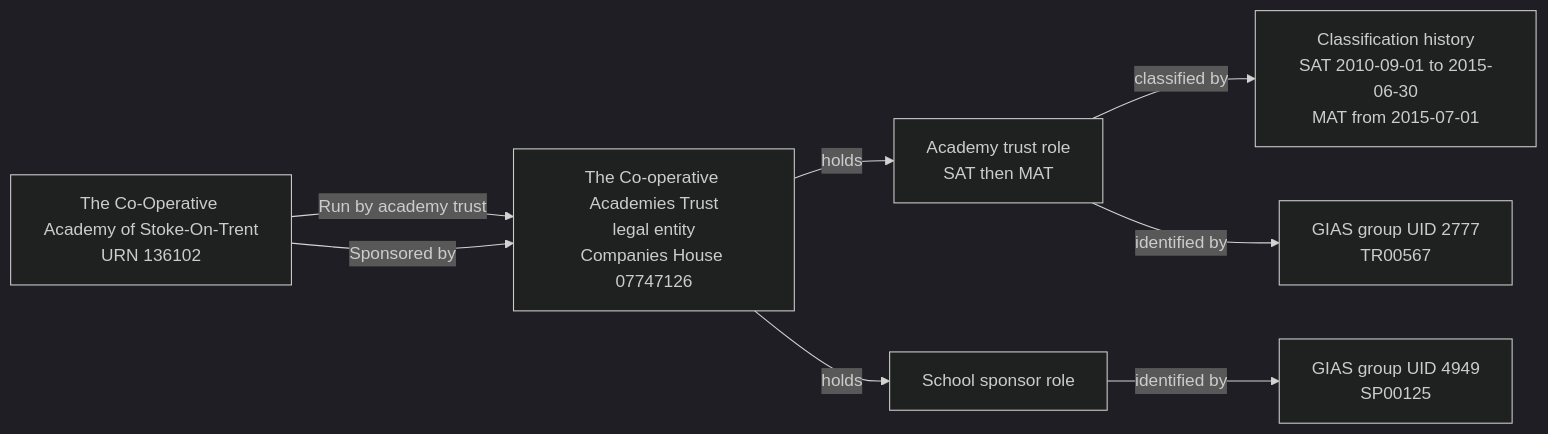
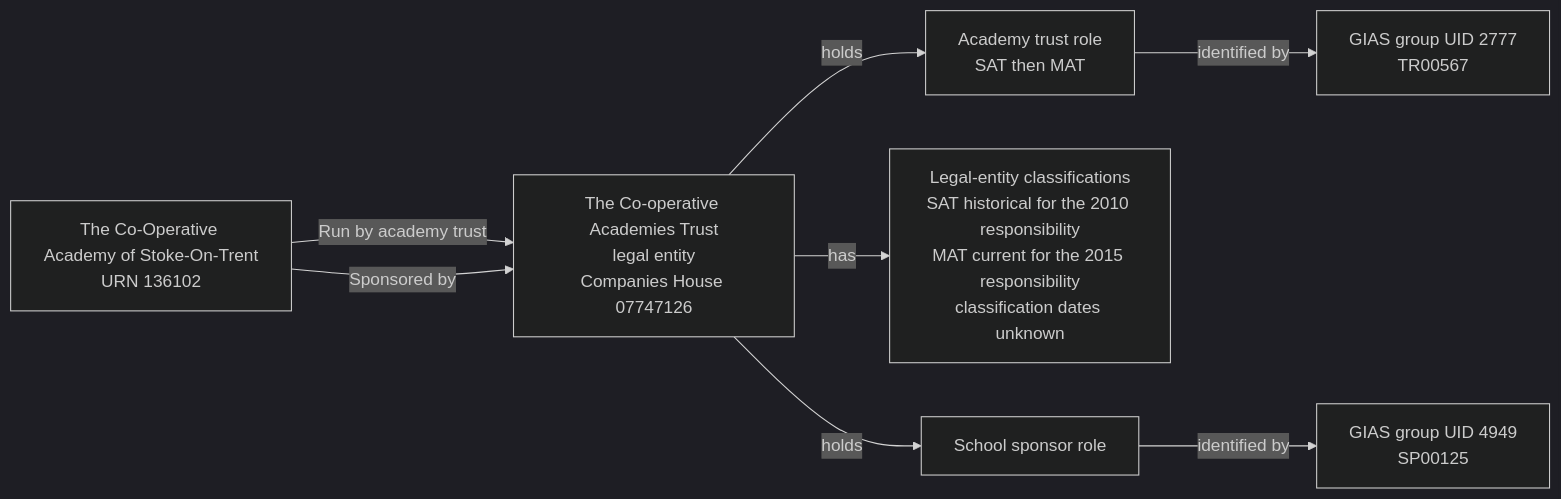
The diagram in models/schema/establishment/cases/t1-urn-136102-co-operative-academy-stoke-on-trent.md (DFE-Digital/education-provider-registry-docs), drawn with Mermaid (dark theme) before and after one commit. The commit also changed other lines of this file and 22 other files, not shown here.

````diff
--- a/models/schema/establishment/cases/t1-urn-136102-co-operative-academy-stoke-on-trent.md
+++ b/models/schema/establishment/cases/t1-urn-136102-co-operative-academy-stoke-on-trent.md
@@ -37,18 +47,18 @@
 ```mermaid
 flowchart LR
     E["The Co-Operative Academy of Stoke-On-Trent<br/>URN 136102"]
     L["The Co-operative Academies Trust<br/>legal entity<br/>Companies House 07747126"]
     M["Academy trust role<br/>SAT then MAT"]
-    T["Classification history<br/>SAT 2010-09-01 to 2015-06-30<br/>MAT from 2015-07-01"]
+    T["Legal-entity classifications<br/>SAT historical for the 2010 responsibility<br/>MAT current for the 2015 responsibility<br/>classification dates unknown"]
     S["School sponsor role"]
     MU["GIAS group UID 2777<br/>TR00567"]
     SU["GIAS group UID 4949<br/>SP00125"]
 
     E -->|"Run by academy trust"| L
     E -->|"Sponsored by"| L
     L -->|"holds"| M
-    M -->|"classified by"| T
+    L -->|"has"| T
     L -->|"holds"| S
     M -->|"identified by"| MU
     S -->|"identified by"| SU
 ```
````
